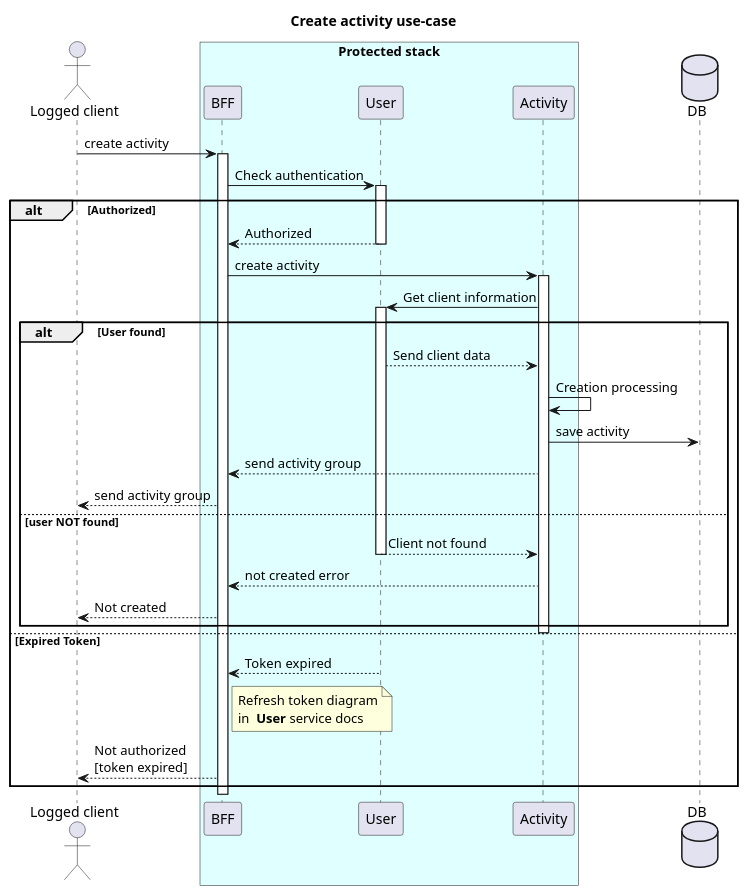
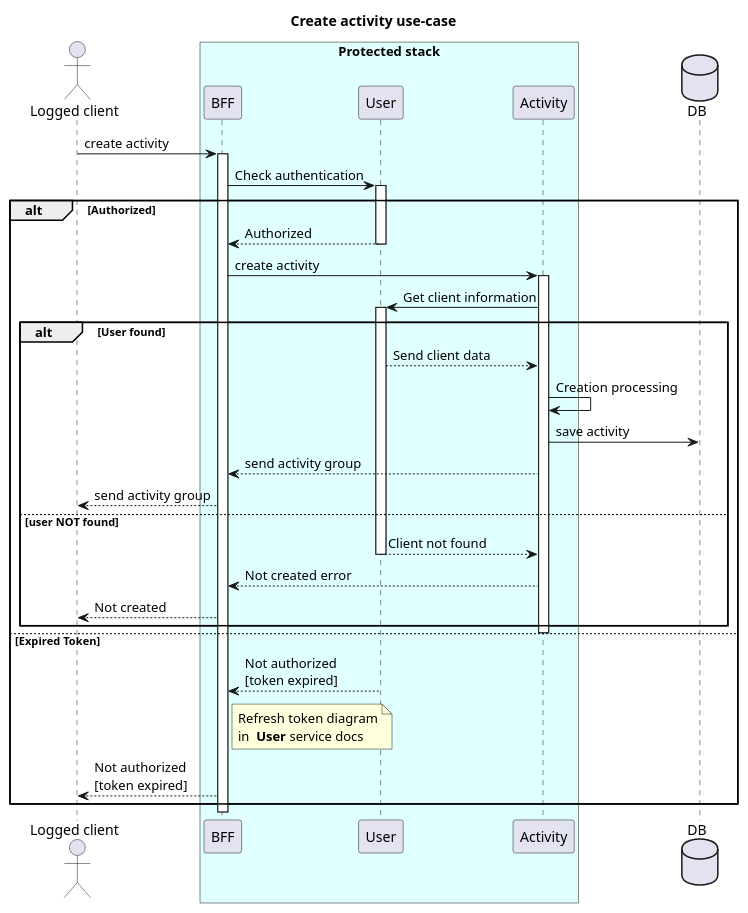
The diagram in docs/sequence/create-acrtivity.wsd (orion-services/Activity), drawn with PlantUML before and after one commit.

Commit message:
#1 Adjust some style of diagram

```diff
--- a/docs/sequence/create-acrtivity.wsd
+++ b/docs/sequence/create-acrtivity.wsd
@@ -1,47 +1,47 @@
 @startuml
   title "Create activity use-case"
 
   actor "Logged client" as client
   box "Protected stack" #LightCyan
   participant BFF
   participant User
   participant Activity
   end box
   database DB
 
 
   client -> BFF: create activity
   activate BFF
   BFF -> User: Check authentication
   activate User
 
   alt Authorized
     BFF <-- User: Authorized
     deactivate User
     BFF -> Activity: create activity
     activate Activity
     Activity -> User: Get client information
 
     alt User found
       activate User
       Activity <-- User: Send client data
       Activity -> Activity: Creation processing
       Activity -> DB: save activity
       BFF <-- Activity: send activity group
       client <-- BFF: send activity group
     else user **NOT** found
       Activity <-- User: Client not found
       deactivate User
-      BFF <-- Activity: not created error
+      BFF <-- Activity: Not created error
       client <-- BFF: Not created
     end
       deactivate Activity
   else Expired Token
-    BFF <-- User: Token expired
+    BFF <-- User: Not authorized \n[token expired]
     note right of BFF
       Refresh token diagram
       in  **User** service docs
     end note
     client <-- BFF: Not authorized \n[token expired]   
   end
 @enduml
```
